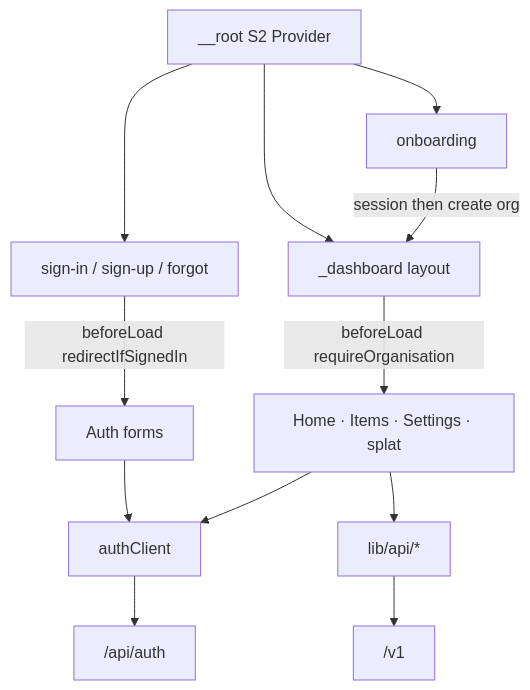
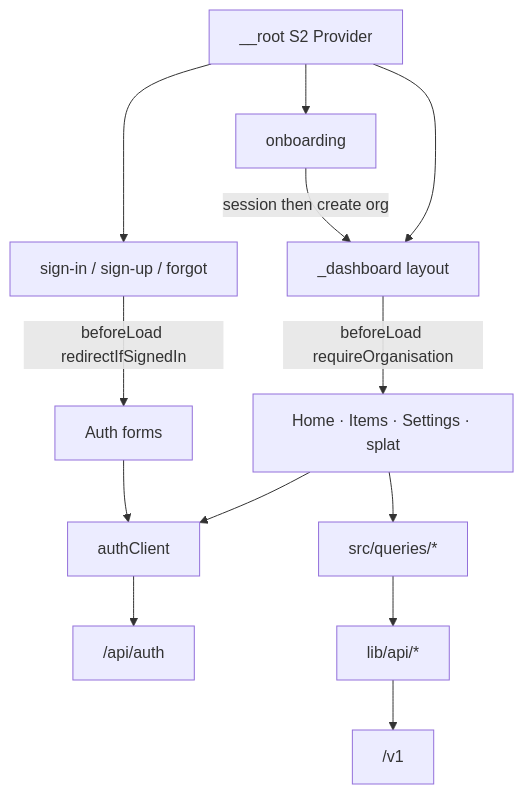
The second of 8 diagrams in apps/dashboard/README.md (alexandrustefanescu/saas-template), drawn with Mermaid before and after one commit. The commit also changed other lines of this file and 24 other files, not shown here.

````diff
--- a/apps/dashboard/README.md
+++ b/apps/dashboard/README.md
@@ -92,14 +92,15 @@
 ```mermaid
 flowchart TB
   root[__root S2 Provider] --> authRoutes[sign-in / sign-up / forgot]
   root --> onboarding[onboarding]
   root --> shell[_dashboard layout]
   shell -->|beforeLoad requireOrganisation| pages[Home · Items · Settings · splat]
   authRoutes -->|beforeLoad redirectIfSignedIn| forms[Auth forms]
   onboarding -->|session then create org| shell
   forms --> bac[authClient]
   pages --> bac
-  pages --> apiClient["lib/api/*"]
+  pages --> queryLayer["src/queries/*"]
+  queryLayer --> apiClient["lib/api/*"]
   bac --> authHTTP["/api/auth"]
   apiClient --> v1HTTP["/v1"]
 ```
````
